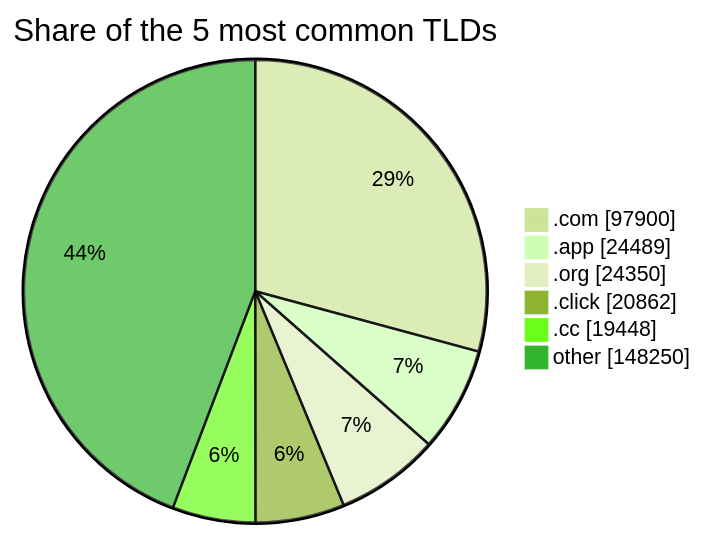
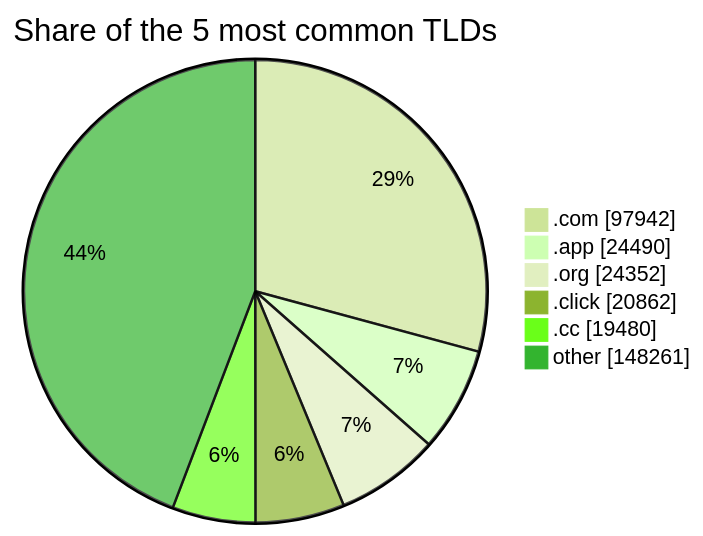
Before and after one commit to DNSBunker/CTI: the third of 3 diagrams in README.md, drawn with Mermaid (forest theme). The commit also changed other lines of this file and 4 other files, not shown here.

````diff
--- a/README.md
+++ b/README.md
@@ -81,9 +81,9 @@
 ```mermaid
 pie showData title Share of the 5 most common TLDs
-    ".com" : 97900
-    ".app" : 24489
-    ".org" : 24350
+    ".com" : 97942
+    ".app" : 24490
+    ".org" : 24352
     ".click" : 20862
-    ".cc" : 19448
-    "other" : 148250
+    ".cc" : 19480
+    "other" : 148261
 ```
````
